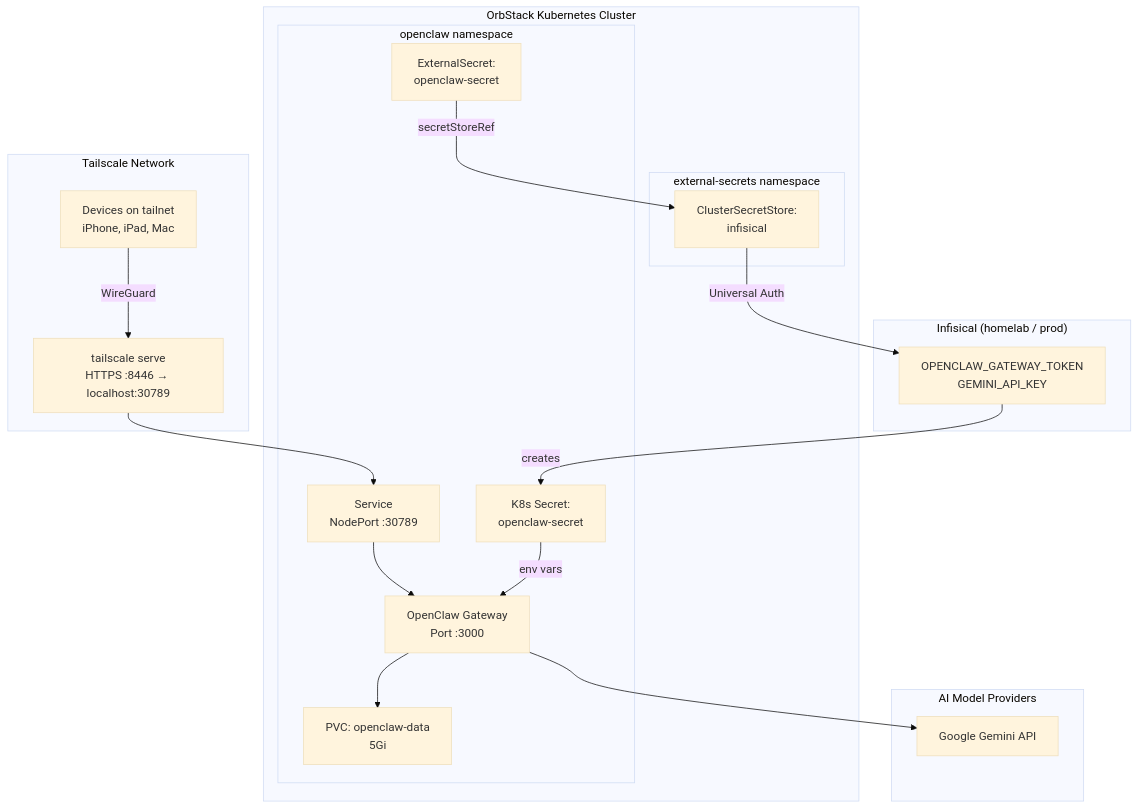
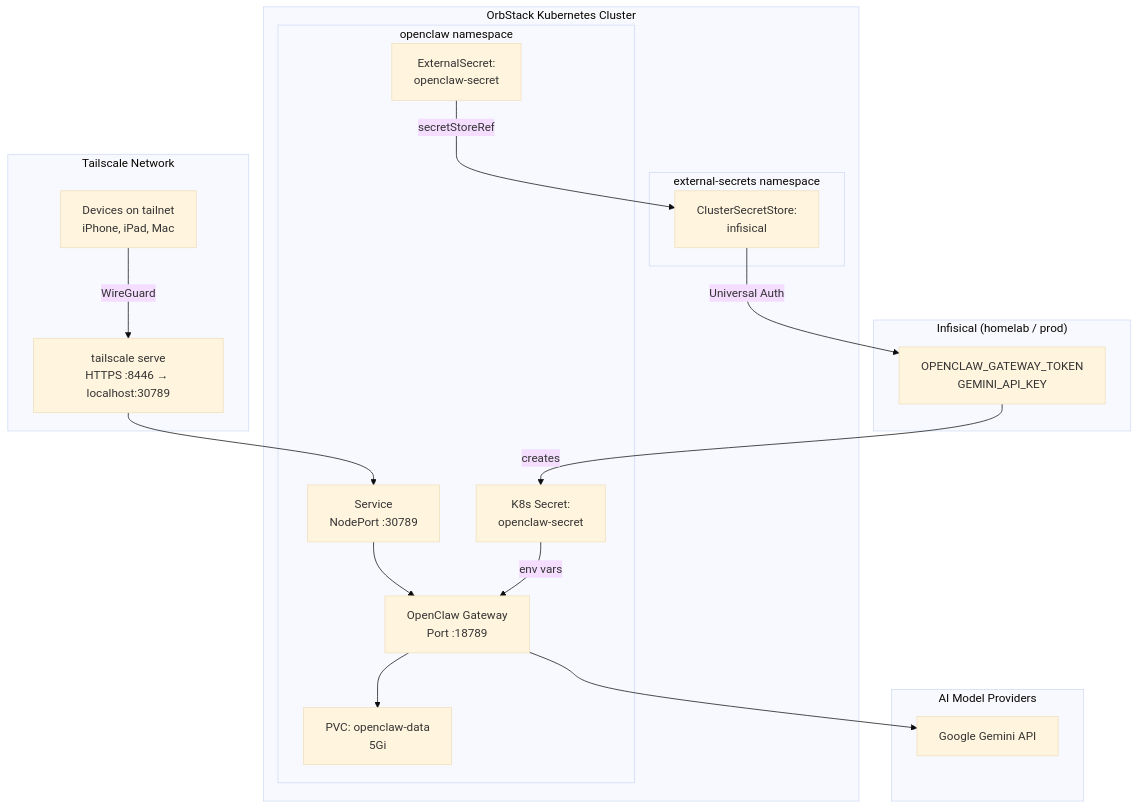
The first of 3 diagrams in docs/openclaw.md (haingth77/homelab), drawn with Mermaid (base theme) before and after one commit. The commit also changed other lines of this file and 3 other files, not shown here.

````diff
--- a/docs/openclaw.md
+++ b/docs/openclaw.md
@@ -7,39 +7,39 @@
 ```mermaid
 flowchart TD
     subgraph tailnet["Tailscale Network"]
         Clients["Devices on tailnet\niPhone, iPad, Mac"]
         TServe["tailscale serve\nHTTPS :8446 → localhost:30789"]
     end
 
     subgraph orb["OrbStack Kubernetes Cluster"]
         subgraph openclawNs["openclaw namespace"]
             Svc["Service\nNodePort :30789"]
-            Deploy["OpenClaw Gateway\nPort :3000"]
+            Deploy["OpenClaw Gateway\nPort :18789"]
             PVC["PVC: openclaw-data\n5Gi"]
             ES["ExternalSecret:\nopenclaw-secret"]
             K8sSecret["K8s Secret:\nopenclaw-secret"]
         end
 
         subgraph esoNs["external-secrets namespace"]
             CSS["ClusterSecretStore:\ninfisical"]
         end
     end
 
     subgraph infisical["Infisical (homelab / prod)"]
         InfisicalSecrets["OPENCLAW_GATEWAY_TOKEN\nGEMINI_API_KEY"]
     end
 
     subgraph providers["AI Model Providers"]
         Gemini["Google Gemini API"]
     end
 
     Clients -- "WireGuard" --> TServe
     TServe --> Svc
     Svc --> Deploy
     Deploy --> PVC
     ES -- "secretStoreRef" --> CSS
     CSS -- "Universal Auth" --> InfisicalSecrets
     InfisicalSecrets -- "creates" --> K8sSecret
     K8sSecret -- "env vars" --> Deploy
     Deploy --> Gemini
 ```
````
